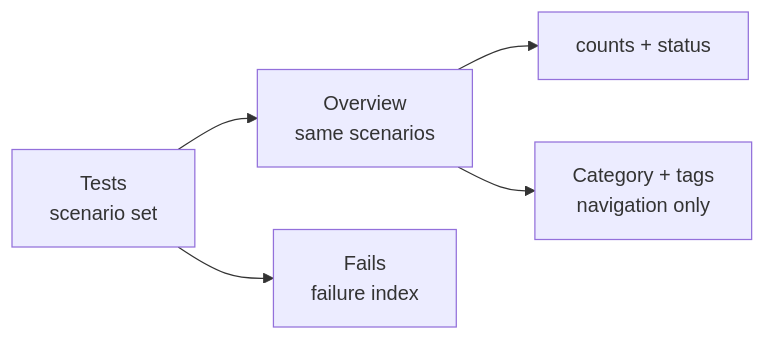
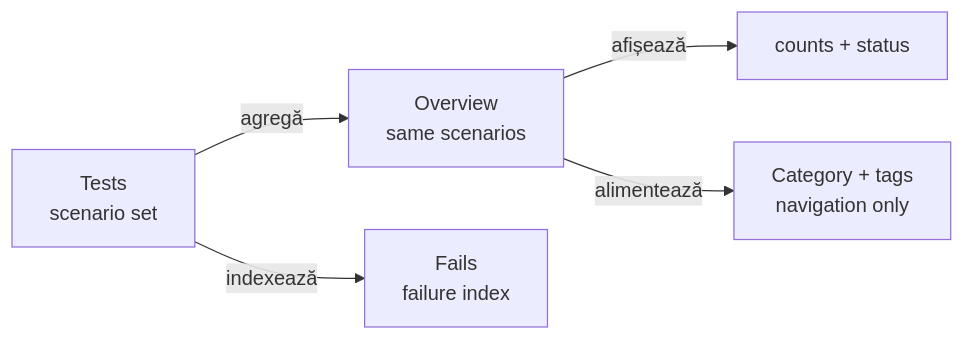
One commit to crististefanita/demo2 changed the sixth of 9 diagrams in docs/ATF_Reporting_Contract.md. Above: the diagram before and after it, drawn with Mermaid. The commit also changed other lines of this file and 52 other files, not shown here.

````diff
--- a/docs/ATF_Reporting_Contract.md
+++ b/docs/ATF_Reporting_Contract.md
@@ -333,7 +333,7 @@
 ```mermaid
 flowchart LR
-    Tests["Tests<br/>scenario set"] --> Overview["Overview<br/>same scenarios"]
-    Overview --> Counts["counts + status"]
-    Overview --> Navigation["Category + tags<br/>navigation only"]
-    Tests --> Fails["Fails<br/>failure index"]
+    Tests["Tests<br/>scenario set"] -->|agregă| Overview["Overview<br/>same scenarios"]
+    Overview -->|afișează| Counts["counts + status"]
+    Overview -->|alimentează| Navigation["Category + tags<br/>navigation only"]
+    Tests -->|indexează| Fails["Fails<br/>failure index"]
 ```
````
